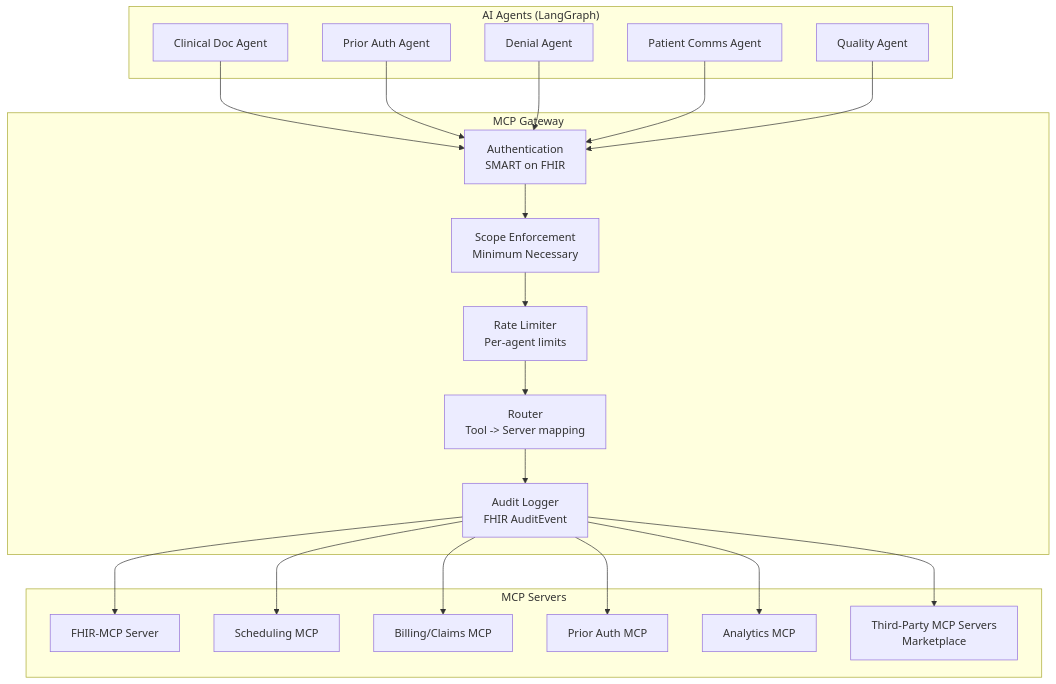
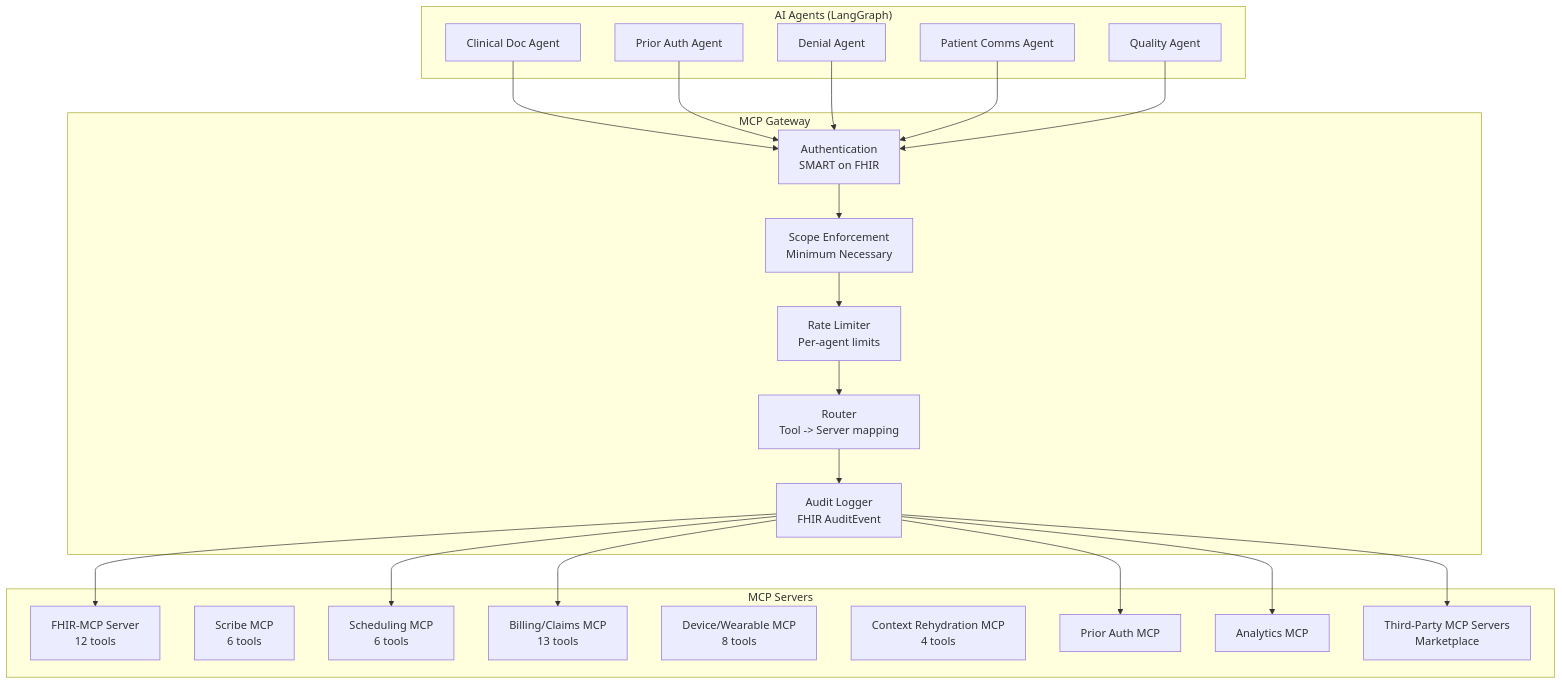
Before and after one commit to 0xultravioleta/medos: the first of 6 diagrams in 04-architecture/system-design/mcp-integration-plan.md, drawn with Mermaid. The commit also changed other lines of this file and 7 other files, not shown here.

First line of the commit message:
docs: update system design with device, context, and A2A sections

````diff
--- a/04-architecture/system-design/mcp-integration-plan.md
+++ b/04-architecture/system-design/mcp-integration-plan.md
@@ -254,45 +296,48 @@
 ```mermaid
 graph TB
     subgraph "AI Agents (LangGraph)"
         A1[Clinical Doc Agent]
         A2[Prior Auth Agent]
         A3[Denial Agent]
         A4[Patient Comms Agent]
         A5[Quality Agent]
     end
 
     subgraph "MCP Gateway"
         AUTH[Authentication<br/>SMART on FHIR]
         SCOPE[Scope Enforcement<br/>Minimum Necessary]
         RATE[Rate Limiter<br/>Per-agent limits]
         AUDIT[Audit Logger<br/>FHIR AuditEvent]
         ROUTE[Router<br/>Tool -> Server mapping]
     end
 
     subgraph "MCP Servers"
-        FHIR[FHIR-MCP Server]
-        SCHED[Scheduling MCP]
-        BILL[Billing/Claims MCP]
+        FHIR[FHIR-MCP Server<br/>12 tools]
+        SCRIBE[Scribe MCP<br/>6 tools]
+        SCHED[Scheduling MCP<br/>6 tools]
+        BILL[Billing/Claims MCP<br/>13 tools]
+        DEV[Device/Wearable MCP<br/>8 tools]
+        CTX[Context Rehydration MCP<br/>4 tools]
         PA_MCP[Prior Auth MCP]
         ANAL[Analytics MCP]
         THIRD[Third-Party MCP Servers<br/>Marketplace]
     end
 
     A1 --> AUTH
     A2 --> AUTH
     A3 --> AUTH
     A4 --> AUTH
     A5 --> AUTH
 
     AUTH --> SCOPE
     SCOPE --> RATE
     RATE --> ROUTE
     ROUTE --> AUDIT
 
     AUDIT --> FHIR
     AUDIT --> SCHED
     AUDIT --> BILL
     AUDIT --> PA_MCP
     AUDIT --> ANAL
     AUDIT --> THIRD
 ```
````
